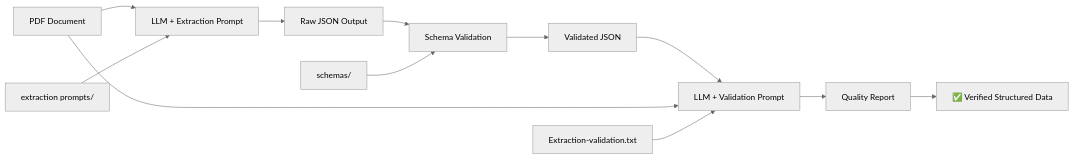
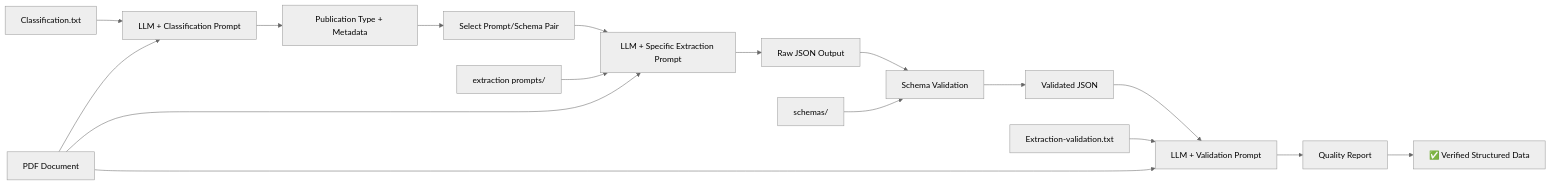
One commit to RobTolboom/PDFtoPodcast changed the diagram in prompts/README.md. Above: the diagram before and after it, drawn with Mermaid (neutral theme). The commit also changed other lines of this file, not shown here.

First line of the commit message:
Update documentation for four-component extraction system

````diff
--- a/prompts/README.md
+++ b/prompts/README.md
@@ -23,15 +24,20 @@
 ```mermaid
 graph LR
-    A[PDF Document] --> B[LLM + Extraction Prompt]
-    B --> C[Raw JSON Output]
-    C --> D[Schema Validation]
-    D --> E[Validated JSON]
-    E --> F[LLM + Validation Prompt]
-    A --> F
-    F --> G[Quality Report]
-    G --> H[✅ Verified Structured Data]
+    A[PDF Document] --> B[LLM + Classification Prompt]
+    B --> C[Publication Type + Metadata]
+    C --> D[Select Prompt/Schema Pair]
+    D --> E[LLM + Specific Extraction Prompt]
+    A --> E
+    E --> F[Raw JSON Output]
+    F --> G[Schema Validation]
+    G --> H[Validated JSON]
+    H --> I[LLM + Validation Prompt]
+    A --> I
+    I --> J[Quality Report]
+    J --> K[✅ Verified Structured Data]
 
-    I[extraction prompts/] --> B
-    J[schemas/] --> D
-    K[Extraction-validation.txt] --> F
+    L[Classification.txt] --> B
+    M[extraction prompts/] --> E
+    N[schemas/] --> G
+    O[Extraction-validation.txt] --> I
 ```
````
